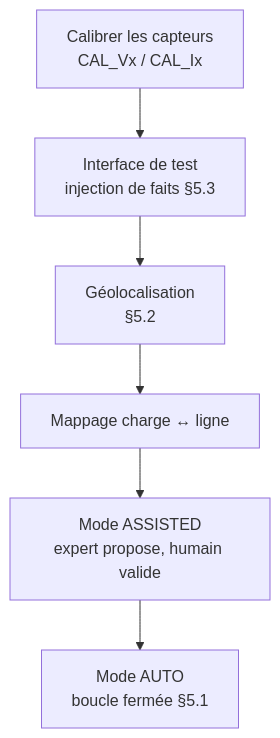
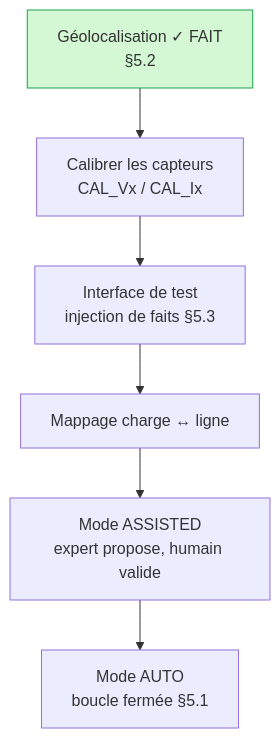
The ninth of 9 diagrams in docs/architecture-complete-et-perspectives.md (kevinManda17/energyMS), drawn with Mermaid before and after one commit. The commit also changed other lines of this file and 24 other files, not shown here.

````diff
--- a/docs/architecture-complete-et-perspectives.md
+++ b/docs/architecture-complete-et-perspectives.md
@@ -441,8 +509,9 @@
 ```mermaid
 flowchart TD
-    C1[Calibrer les capteurs<br/>CAL_Vx / CAL_Ix] --> C2[Interface de test<br/>injection de faits §5.3]
-    C2 --> C3[Géolocalisation<br/>§5.2]
-    C3 --> C4[Mappage charge ↔ ligne]
+    G[Géolocalisation ✓ FAIT<br/>§5.2] --> C1[Calibrer les capteurs<br/>CAL_Vx / CAL_Ix]
+    C1 --> C2[Interface de test<br/>injection de faits §5.3]
+    C2 --> C4[Mappage charge ↔ ligne]
     C4 --> C5[Mode ASSISTED<br/>expert propose, humain valide]
     C5 --> C6[Mode AUTO<br/>boucle fermée §5.1]
+    style G fill:#d4f7d4,stroke:#16A34A
 ```
````
